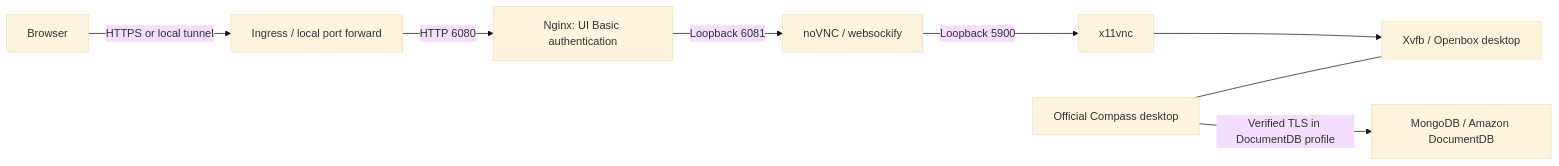
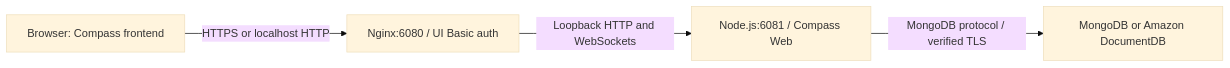
The diagram in docs/architecture.md (marcincuber/mongodb-compass), drawn with Mermaid (base theme) before and after one commit. The commit also changed other lines of this file and 44 other files, not shown here.

````diff
--- a/docs/architecture.md
+++ b/docs/architecture.md
@@ -9,10 +9,6 @@
 ```mermaid
 flowchart LR
-    browser[Browser] -->|HTTPS or local tunnel| ingress[Ingress / local port forward]
-    ingress -->|HTTP 6080| nginx[Nginx: UI Basic authentication]
-    nginx -->|Loopback 6081| novnc[noVNC / websockify]
-    novnc -->|Loopback 5900| vnc[x11vnc]
-    vnc --> display[Xvfb / Openbox desktop]
-    compass[Official Compass desktop] --- display
-    compass -->|Verified TLS in DocumentDB profile| database[MongoDB / Amazon DocumentDB]
+    browser[Browser: Compass frontend] -->|HTTPS or localhost HTTP| gateway[Nginx:6080 / UI Basic auth]
+    gateway -->|Loopback HTTP and WebSockets| node[Node.js:6081 / Compass Web]
+    node -->|MongoDB protocol / verified TLS| database[MongoDB or Amazon DocumentDB]
 ```
````
